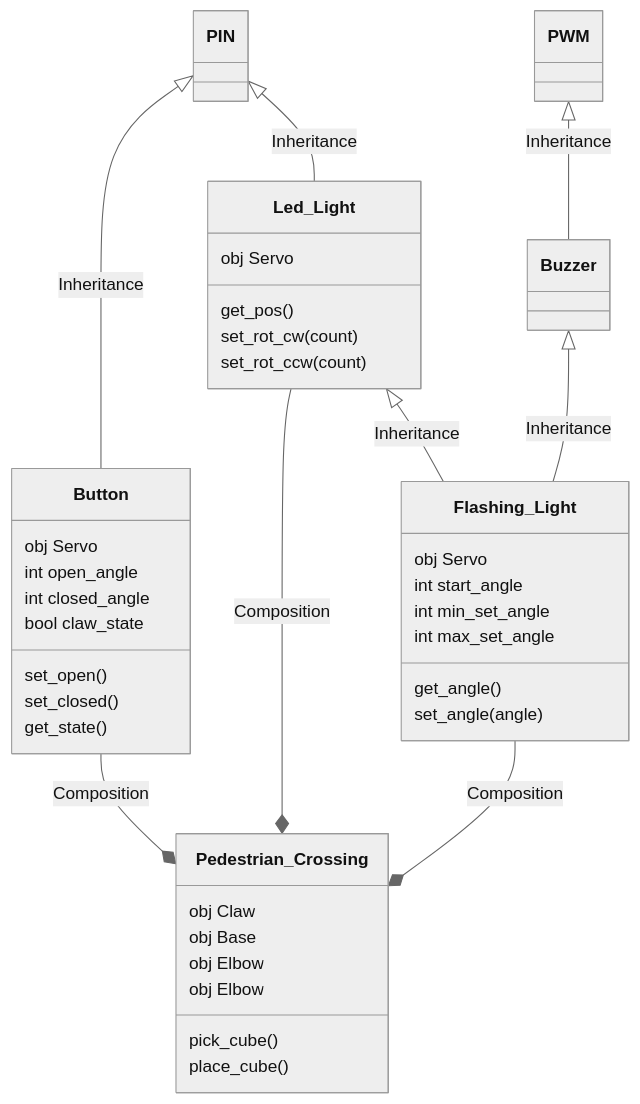
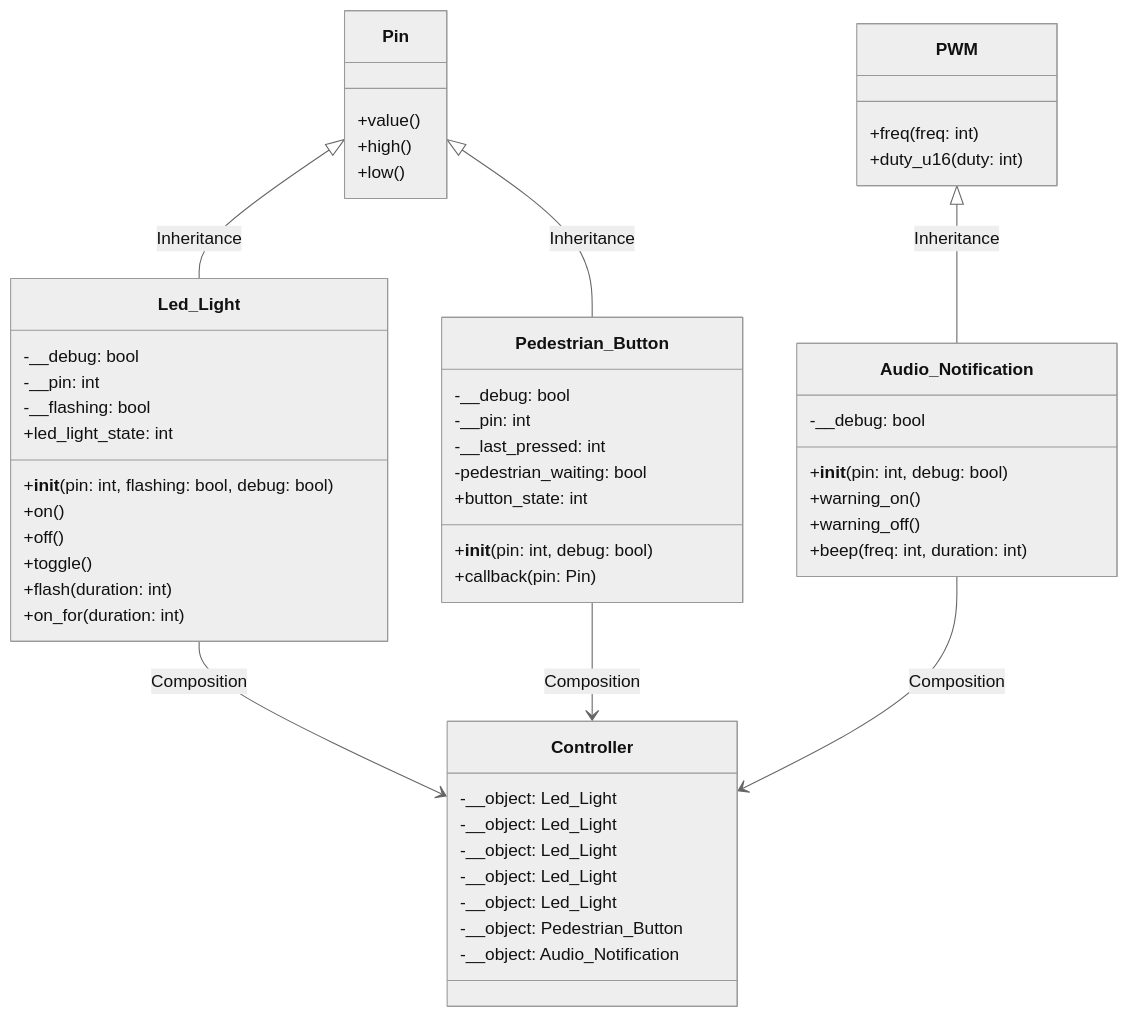
Before and after one commit to TempeHS/MicroPython_OOP_Pi_Pico_Mini_Project_Source: the diagram in README.md, drawn with Mermaid (neutral theme). The commit also changed 13 other files, not shown here.

Commit message:
improve design & UML

````diff
--- a/README.md
+++ b/README.md
@@ -96,45 +96,62 @@
 ```mermaid
 classDiagram
-    PIN <|-- Button : Inheritance
-    PIN <|-- Led_Light : Inheritance
-    PWM <|-- Buzzer : Inheritance
-    Led_Light <|-- Flashing_Light : Inheritance
-    Buzzer <|-- Flashing_Light : Inheritance
-    Button --* Pedestrian_Crossing : Composition
-    Led_Light --* Pedestrian_Crossing : Composition
-    Flashing_Light --* Pedestrian_Crossing : Composition
-    class PIN{
+    class Pin {
+        +value()
+        +high()
+        +low()
+    }
 
+    class PWM {
+        +freq(freq: int)
+        +duty_u16(duty: int)
     }
-    class Led_Light{
-        obj Servo
-        get_pos()
-        set_rot_cw(count)
-        set_rot_ccw(count)
+
+    class Audio_Notification {
+        -__debug: bool
+        +__init__(pin: int, debug: bool)
+        +warning_on()
+        +warning_off()
+        +beep(freq: int, duration: int)
     }
-    class Flashing_Light{
-        obj Servo
-        int start_angle
-        int min_set_angle
-        int max_set_angle
-        get_angle()
-        set_angle(angle)
+    PWM <|-- Audio_Notification : Inheritance
+
+    class Led_Light {
+        -__debug: bool
+        -__pin: int
+        -__flashing: bool
+        +__init__(pin: int, flashing: bool, debug: bool)
+        +on()
+        +off()
+        +toggle()
+        +flash(duration: int)
+        +on_for(duration: int)
+        +led_light_state: int
     }
-    class Button{
-        obj Servo
-        int open_angle
-        int closed_angle
-        bool claw_state
-        set_open()
-        set_closed()
-        get_state()
+    Pin <|-- Led_Light : Inheritance
+
+    class Pedestrian_Button {
+        -__debug: bool
+        -__pin: int
+        -__last_pressed: int
+        -pedestrian_waiting: bool
+        +__init__(pin: int, debug: bool)
+        +callback(pin: Pin)
+        +button_state: int
     }
-    class Pedestrian_Crossing{
-        obj Claw
-        obj Base
-        obj Elbow
-        obj Elbow
-        pick_cube()
-        place_cube()
+    Pin <|-- Pedestrian_Button : Inheritance
+
+    class Controller {
+        -__object: Led_Light
+        -__object: Led_Light
+        -__object: Led_Light
+        -__object: Led_Light
+        -__object: Led_Light
+        -__object: Pedestrian_Button
+        -__object: Audio_Notification
     }
+
+    Led_Light --> Controller : Composition
+    Audio_Notification --> Controller : Composition
+    Pedestrian_Button --> Controller : Composition
+
 ```
````
